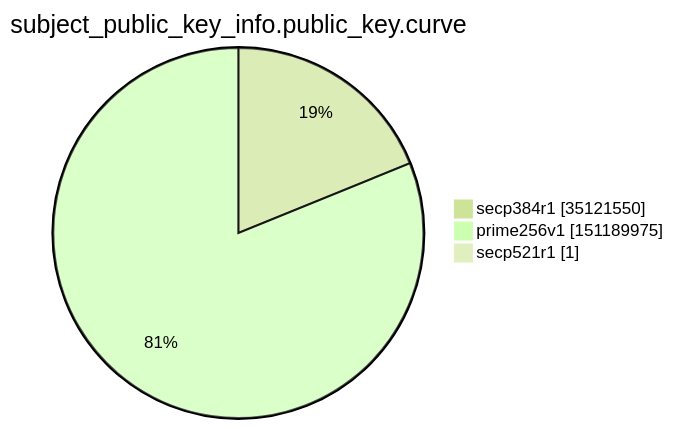
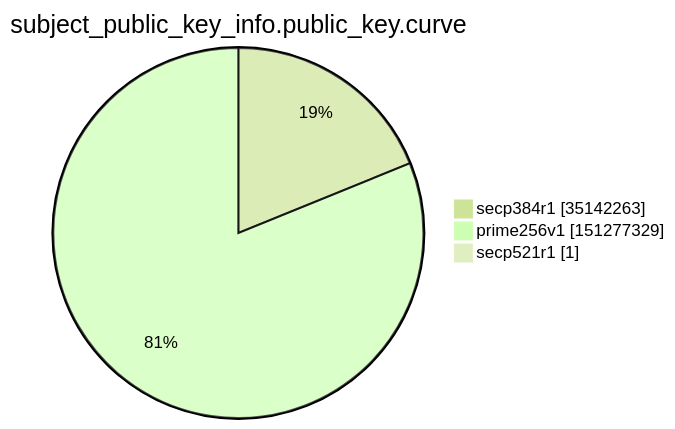
The ninth of 15 diagrams in argon2022/README.md (christiankrug/ctmonitor_visualization), drawn with Mermaid (forest theme) before and after one commit. The commit also changed other lines of this file, not shown here.

````diff
--- a/argon2022/README.md
+++ b/argon2022/README.md
@@ -2765,7 +2765,7 @@
 ```mermaid
 pie showData
 title subject_public_key_info.public_key.curve
-"secp384r1" :35121550
-"prime256v1" :151189975
+"secp384r1" :35142263
+"prime256v1" :151277329
 "secp521r1" :1
 ```
````
